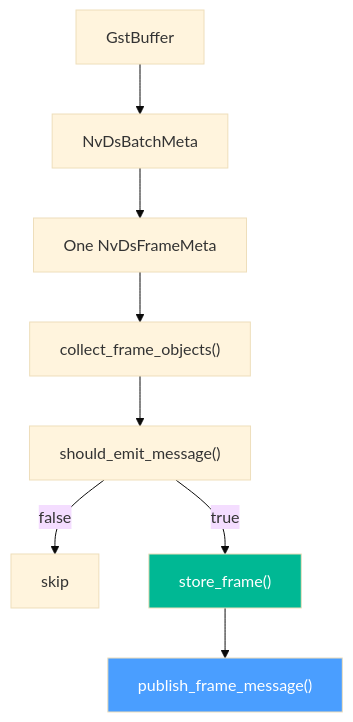
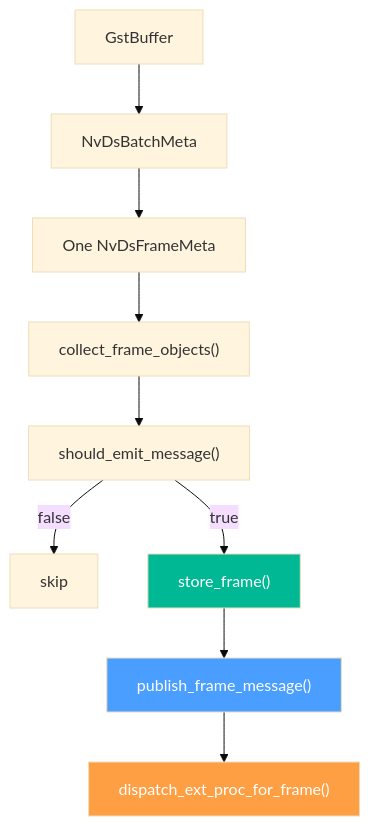
One commit to nam278/vms-engine changed the second of 3 diagrams in docs/architecture/runtime_components/frame_events_probe_handler.md. Above: the diagram before and after it, drawn with Mermaid (base theme). The commit also changed other lines of this file and 21 other files, not shown here.

````diff
--- a/docs/architecture/runtime_components/frame_events_probe_handler.md
+++ b/docs/architecture/runtime_components/frame_events_probe_handler.md
@@ -219,13 +218,15 @@
 ```mermaid
 flowchart TD
     BUF["GstBuffer"] --> META["NvDsBatchMeta"]
     META --> FRAME["One NvDsFrameMeta"]
     FRAME --> COLLECT["collect_frame_objects()"]
     COLLECT --> DECIDE["should_emit_message()"]
     DECIDE -->|false| SKIP["skip"]
     DECIDE -->|true| CACHE["store_frame()"]
-    CACHE --> PUB["publish_frame_message()"]
+  CACHE --> PUB["publish_frame_message()"]
+  PUB --> EXT["dispatch_ext_proc_for_frame()"]
 
     style PUB fill:#4a9eff,color:#fff
     style CACHE fill:#00b894,color:#fff
+  style EXT fill:#ff9f43,color:#fff
 ```
````
